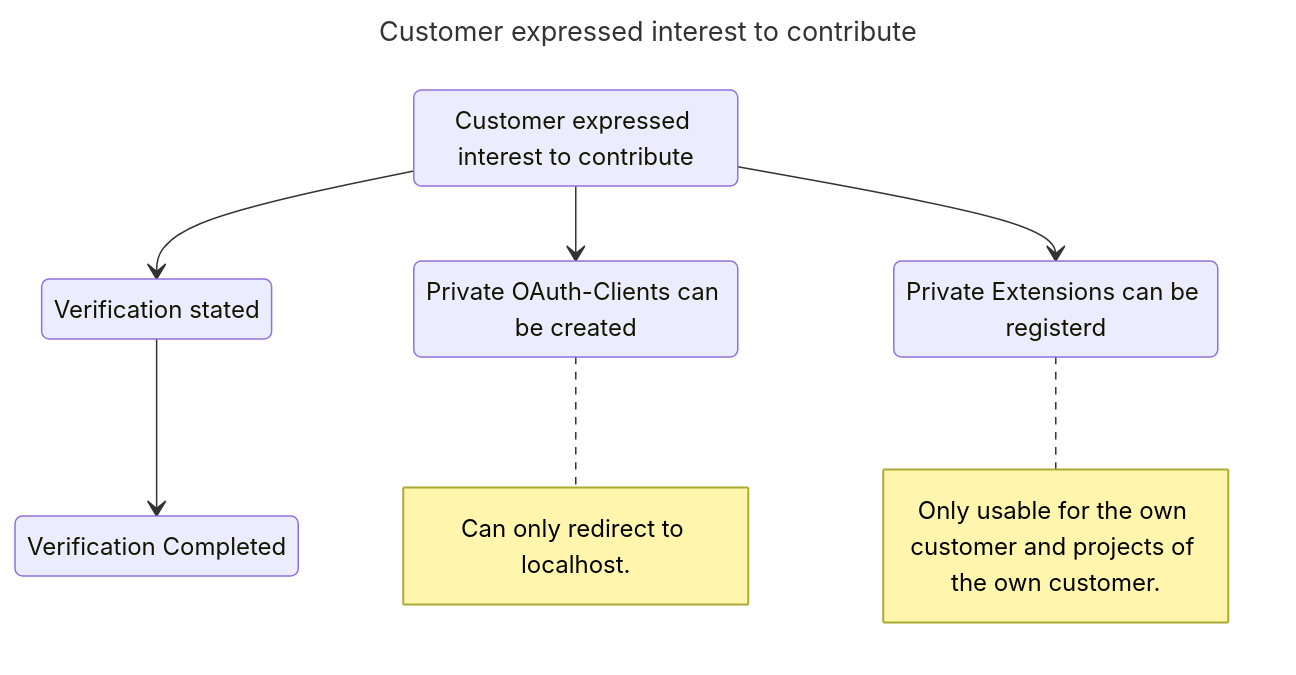
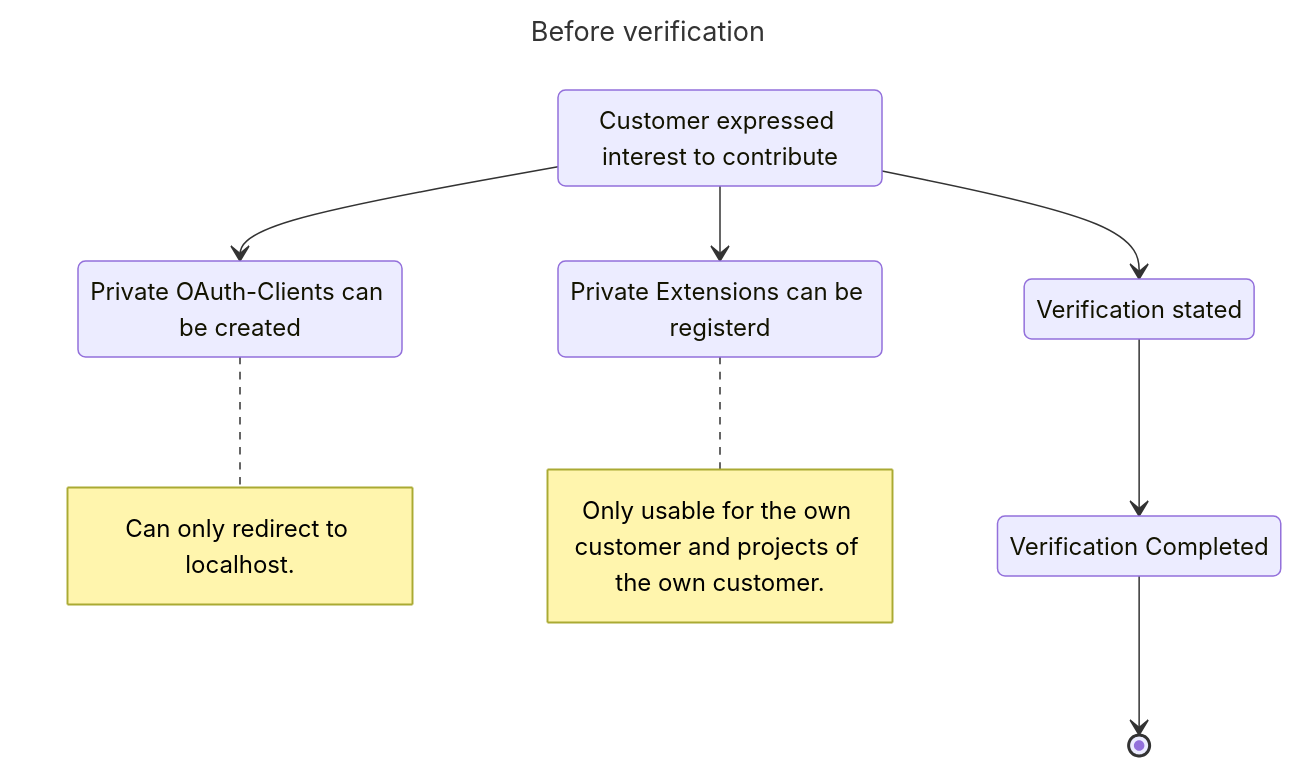
Before and after one commit to mittwald/developer-portal: the first of 2 diagrams in docs/contribution/30-overview/3-contributor.mdx, drawn with Mermaid. The commit also changed other lines of this file and 1 other file, not shown here.

Commit message:
improve diagrams

````diff
--- a/docs/contribution/30-overview/3-contributor.mdx
+++ b/docs/contribution/30-overview/3-contributor.mdx
@@ -10,24 +10,25 @@
 ```mermaid
 ---
-title: Customer expressed interest to contribute
+title: Before verification
 ---
 
 stateDiagram-v2
     C1: Customer expressed interest to contribute
     C2: Verification stated
     C3: Verification Completed
     E1: Private Extensions can be registerd
     O1: Private OAuth-Clients can be created
 
     note right of O1
         Can only redirect to localhost.
     end note
     note right of E1
         Only usable for the own customer and projects of the own customer.
     end note
 
     C1 --> C2
     C2 --> C3
     C1 --> E1
     C1 --> O1
+    C3 --> [*]
 ```
````
